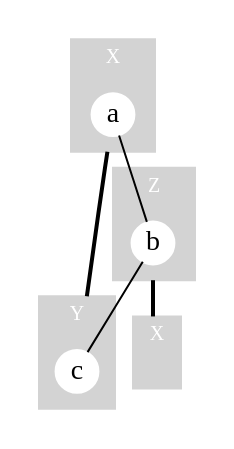
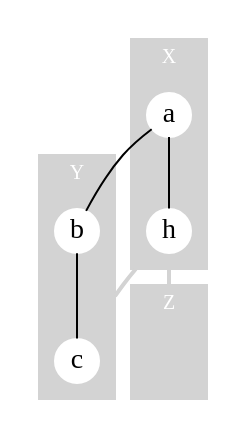
One commit to repairvision/repairvision changed the diagram in plugins/org.sidiff.consistency.graphpattern.sandbox/examples/M001.graph.dot. Above: the diagram before and after it, drawn with Graphviz. The commit also changed 8 other files, not shown here.

```diff
--- a/plugins/org.sidiff.consistency.graphpattern.sandbox/examples/M001.graph.dot
+++ b/plugins/org.sidiff.consistency.graphpattern.sandbox/examples/M001.graph.dot
@@ -1,69 +1,57 @@
 graph M001 {
 
 	compound=true;
 
 	subgraph cluster0 {
-		node [style=filled, shape=circle, color=white, height=0.02, width=0.01, margin=0.0];
+		node [style=filled, shape=circle, color=white, height=0.3, width=0.3, margin=0.0];
 
 		style=filled;
 		color=lightgrey;
 
 		fontcolor=white;
 		fontname=bold;
 		fontsize=10;
 
-		label="	X";
+		label="X";
 
 		a;
+		h;
 	}
 
 	subgraph cluster1 {
-		node [style=filled, shape=circle, color=white, height=0.02, width=0.01, margin=0.0];
+		node [style=filled, shape=circle, color=white, height=0.3, width=0.3, margin=0.0];
 
 		style=filled;
 		color=lightgrey;
 
 		fontcolor=white;
 		fontname=bold;
 		fontsize=10;
 
 		label="Y";
 
+		b;
 		c;
 	}
 
 	subgraph cluster2 {
-		node [style=filled, shape=circle, color=white, height=0.02, width=0.01, margin=0.0];
+		node [style=filled, shape=circle, color=white, height=0.3, width=0.3, margin=0.0];
 
 		style=filled;
 		color=lightgrey;
 
 		fontcolor=white;
 		fontname=bold;
 		fontsize=10;
 
-		label="	Z";
+		label="Z";
 
-		b;
+		cluster2 [style=invis, label="", height=0.3, width=0.3];
 	}
 
-	subgraph cluster3 {
-		node [style=filled, shape=circle, color=white, height=0.02, width=0.01, margin=0.0];
-
-		style=filled;
-		color=lightgrey;
-
-		fontcolor=white;
-		fontname=bold;
-		fontsize=10;
-
-		label="X";
-
-		cluster3 [style=invis, label="", height=0.02, width=0.01];
-	}
-
-	a -- c [ltail=cluster0, lhead=cluster1, penwidth=2, color=black];
-	b -- cluster3 [ltail=cluster2, lhead=cluster3, penwidth=2, color=black];
+	h -- c [ltail=cluster0, lhead=cluster1, penwidth=2, color=lightgrey];
+	h -- cluster2 [ltail=cluster0, lhead=cluster2, penwidth=2, color=lightgrey];
 	a -- b;
+	a -- h;
 	b -- c;
 }
```
